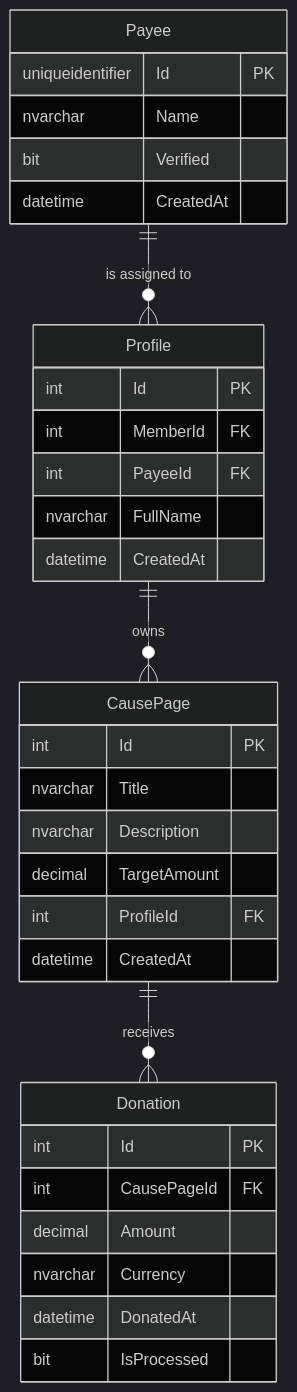
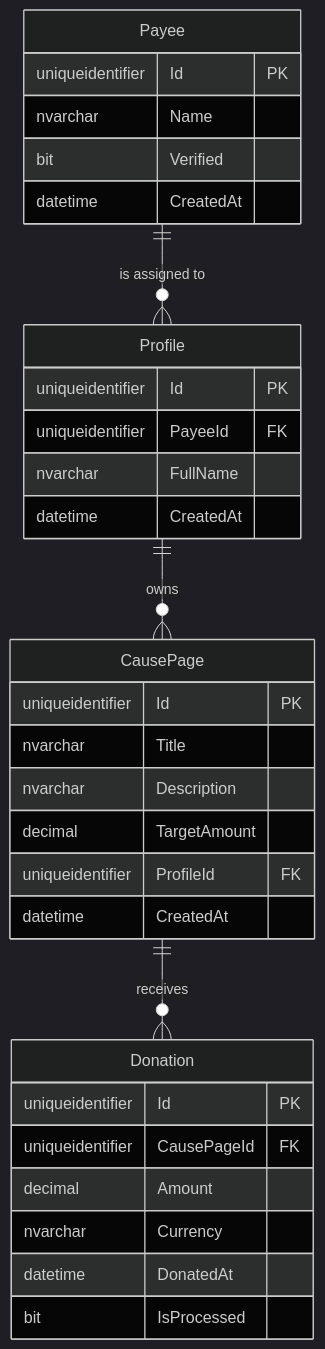
Before and after one commit to oninebx/blog: the diagram in _posts/2025-07-22-improving-sql-performance-by-choosing-the-right-driving-table.md, drawn with Mermaid (dark theme). The commit also changed other lines of this file, not shown here.

```diff
--- a/_posts/2025-07-22-improving-sql-performance-by-choosing-the-right-driving-table.md
+++ b/_posts/2025-07-22-improving-sql-performance-by-choosing-the-right-driving-table.md
@@ -14,40 +17,39 @@
 <div class="mermaid">
 erDiagram
     Payee ||--o{ Profile : "is assigned to"
     Profile ||--o{ CausePage : "owns"
     CausePage ||--o{ Donation : "receives"
     
 Payee {
     uniqueidentifier Id PK
     nvarchar Name
     bit Verified
     datetime CreatedAt
 }
 
 Profile {
-    int Id PK
-    int MemberId FK
-    int PayeeId FK
+    uniqueidentifier Id PK
+    uniqueidentifier PayeeId FK
     nvarchar FullName
     datetime CreatedAt
 }
 
 CausePage {
-    int Id PK
+    uniqueidentifier Id PK
     nvarchar Title
     nvarchar Description
     decimal TargetAmount
-    int ProfileId FK
+    uniqueidentifier ProfileId FK
     datetime CreatedAt
 }
 
 Donation {
-    int Id PK
-    int CausePageId FK
+    uniqueidentifier Id PK
+    uniqueidentifier CausePageId FK
     decimal Amount
     nvarchar Currency
     datetime DonatedAt
     bit IsProcessed
 }
 
 </div>
```
